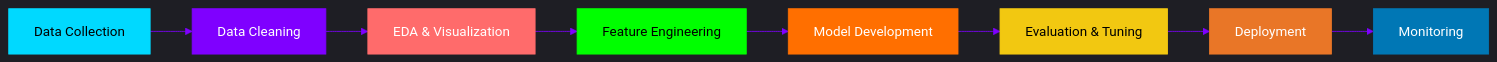
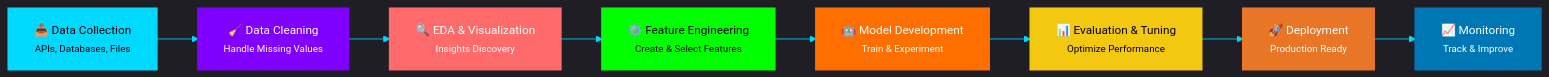
Before and after one commit to Data-pageup/Data-pageup: the second of 3 diagrams in README.md, drawn with Mermaid. The commit also changed other lines of this file, not shown here.

````diff
--- a/README.md
+++ b/README.md
@@ -144,20 +146,20 @@
 ```mermaid
-%%{init: {'theme':'dark','themeVariables': {'primaryColor':'#00D9FF','primaryTextColor':'#fff','primaryBorderColor':'#00D9FF','lineColor':'#7F00FF','secondaryColor':'#FF6B6B','tertiaryColor':'#00FF00'}}}%%
-graph LR
-    A[Data Collection] --> B[Data Cleaning]
-    B --> C[EDA & Visualization]
-    C --> D[Feature Engineering]
-    D --> E[Model Development]
-    E --> F[Evaluation & Tuning]
-    F --> G[Deployment]
-    G --> H[Monitoring]
+%%{init: {'theme':'dark','themeVariables': {'primaryColor':'#00D9FF','primaryTextColor':'#ffffff','primaryBorderColor':'#00D9FF','lineColor':'#00D9FF','secondaryColor':'#FF6B6B','tertiaryColor':'#00FF00','textColor':'#ffffff','fontSize':'14px'}}}%%
+flowchart LR
+    A["📥 Data Collection<br/><small>APIs, Databases, Files</small>"] --> B["🧹 Data Cleaning<br/><small>Handle Missing Values</small>"]
+    B --> C["🔍 EDA & Visualization<br/><small>Insights Discovery</small>"]
+    C --> D["⚙️ Feature Engineering<br/><small>Create & Select Features</small>"]
+    D --> E["🤖 Model Development<br/><small>Train & Experiment</small>"]
+    E --> F["📊 Evaluation & Tuning<br/><small>Optimize Performance</small>"]
+    F --> G["🚀 Deployment<br/><small>Production Ready</small>"]
+    G --> H["📈 Monitoring<br/><small>Track & Improve</small>"]
     
-    style A fill:#00D9FF,stroke:#00D9FF,color:#000
-    style B fill:#7F00FF,stroke:#7F00FF,color:#fff
-    style C fill:#FF6B6B,stroke:#FF6B6B,color:#fff
-    style D fill:#00FF00,stroke:#00FF00,color:#000
-    style E fill:#FF6F00,stroke:#FF6F00,color:#fff
-    style F fill:#F2C811,stroke:#F2C811,color:#000
-    style G fill:#E97627,stroke:#E97627,color:#fff
-    style H fill:#0077B5,stroke:#0077B5,color:#fff
+    style A fill:#00D9FF,stroke:#00D9FF,color:#000,stroke-width:3px
+    style B fill:#7F00FF,stroke:#7F00FF,color:#fff,stroke-width:3px
+    style C fill:#FF6B6B,stroke:#FF6B6B,color:#fff,stroke-width:3px
+    style D fill:#00FF00,stroke:#00FF00,color:#000,stroke-width:3px
+    style E fill:#FF6F00,stroke:#FF6F00,color:#fff,stroke-width:3px
+    style F fill:#F2C811,stroke:#F2C811,color:#000,stroke-width:3px
+    style G fill:#E97627,stroke:#E97627,color:#fff,stroke-width:3px
+    style H fill:#0077B5,stroke:#0077B5,color:#fff,stroke-width:3px
 ```
````
